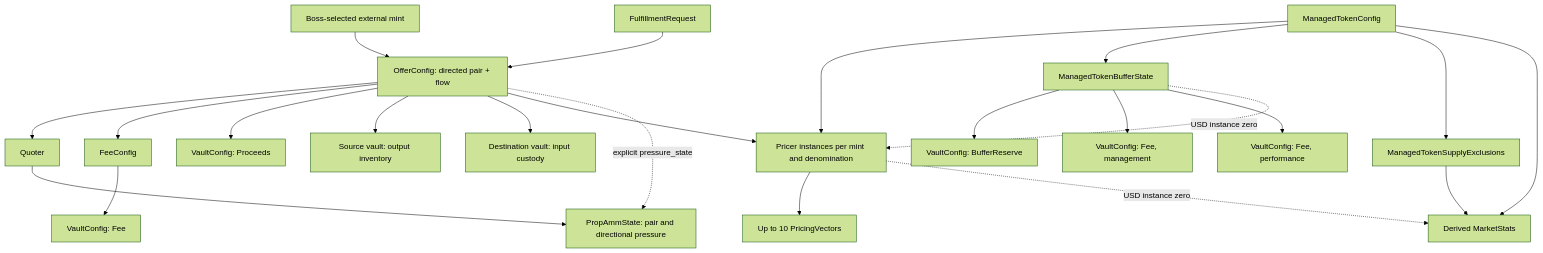
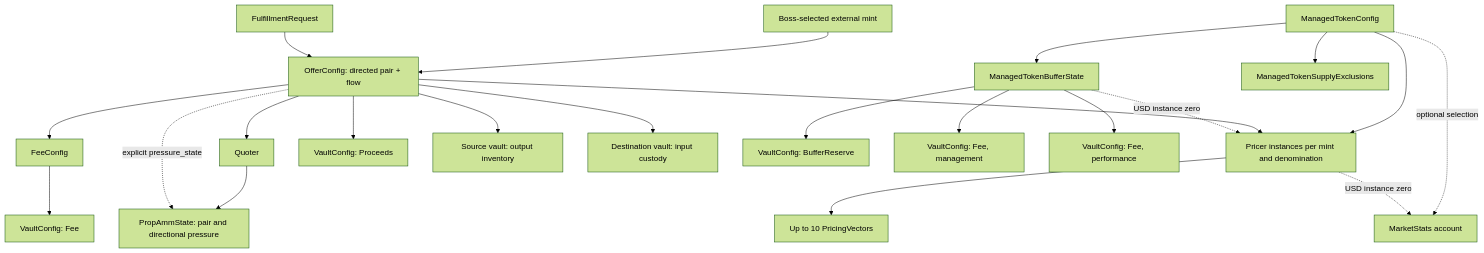
Before and after one commit to onre-finance/onre-sol: the diagram in docs/MODULAR_MODEL.md, drawn with Mermaid (forest theme). The commit also changed other lines of this file and 60 other files, not shown here.

````diff
--- a/docs/MODULAR_MODEL.md
+++ b/docs/MODULAR_MODEL.md
@@ -32,25 +32,24 @@
 ```mermaid
 flowchart TD
     Asset[Boss-selected external mint] --> Offer
     Token[ManagedTokenConfig] --> Pricer[Pricer instances per mint and denomination]
     Pricer --> Vectors[Up to 10 PricingVectors]
     Token --> Buffer[ManagedTokenBufferState]
     Token --> Exclusions[ManagedTokenSupplyExclusions]
-    Token --> Stats[Derived MarketStats]
+    Token -. optional selection .-> Stats[MarketStats account]
     Pricer -. USD instance zero .-> Stats
-    Exclusions --> Stats
     Offer[OfferConfig: directed pair + flow] --> Quoter
     Offer --> Fee[FeeConfig]
     Fee --> FeeVault[VaultConfig: Fee]
     Offer --> Proceeds[VaultConfig: Proceeds]
     Offer --> Source[Source vault: output inventory]
     Offer --> Destination[Destination vault: input custody]
     Offer --> Pricer
     Quoter --> Amm[PropAmmState: pair and directional pressure]
     Offer -. explicit pressure_state .-> Amm
     Request[FulfillmentRequest] --> Offer
     Buffer --> Reserve[VaultConfig: BufferReserve]
     Buffer --> Management[VaultConfig: Fee, management]
     Buffer --> Performance[VaultConfig: Fee, performance]
     Buffer -. USD instance zero .-> Pricer
 ```
````
